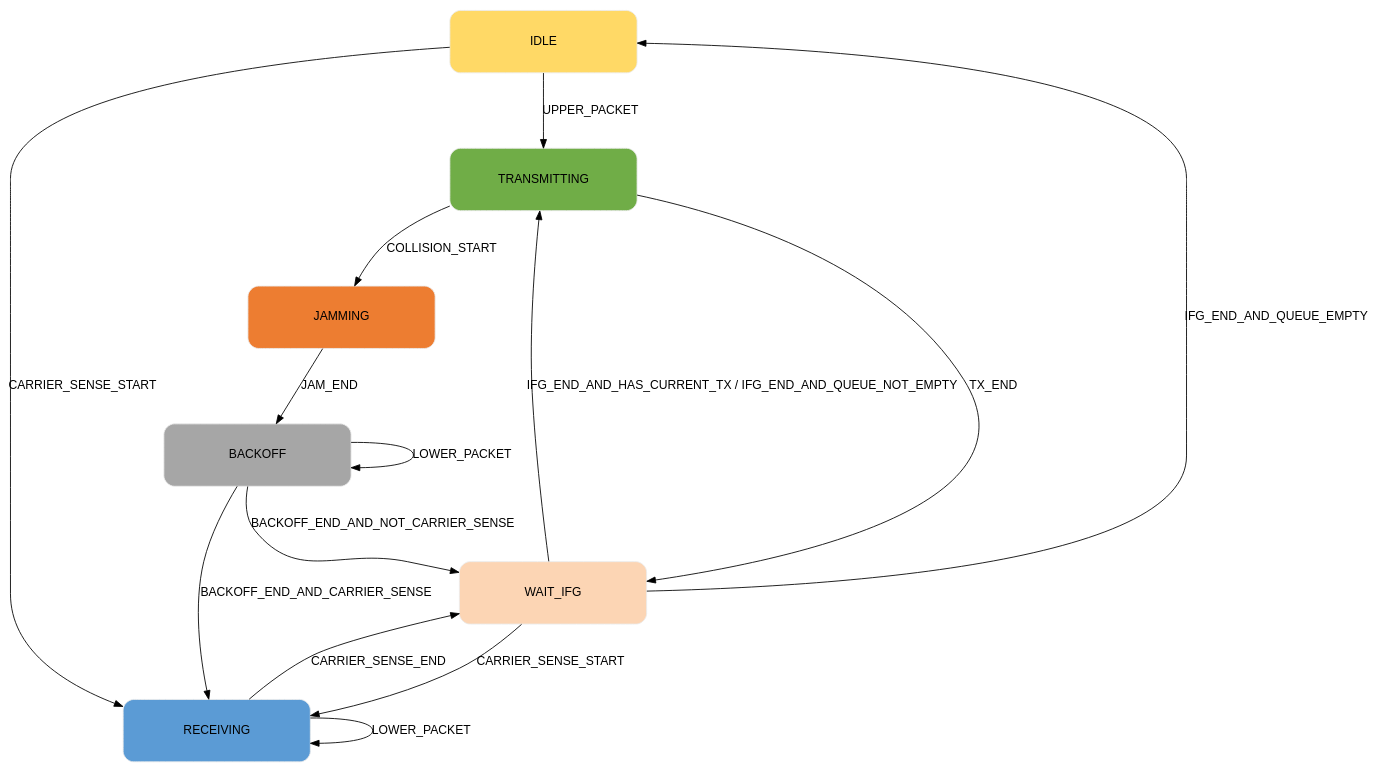
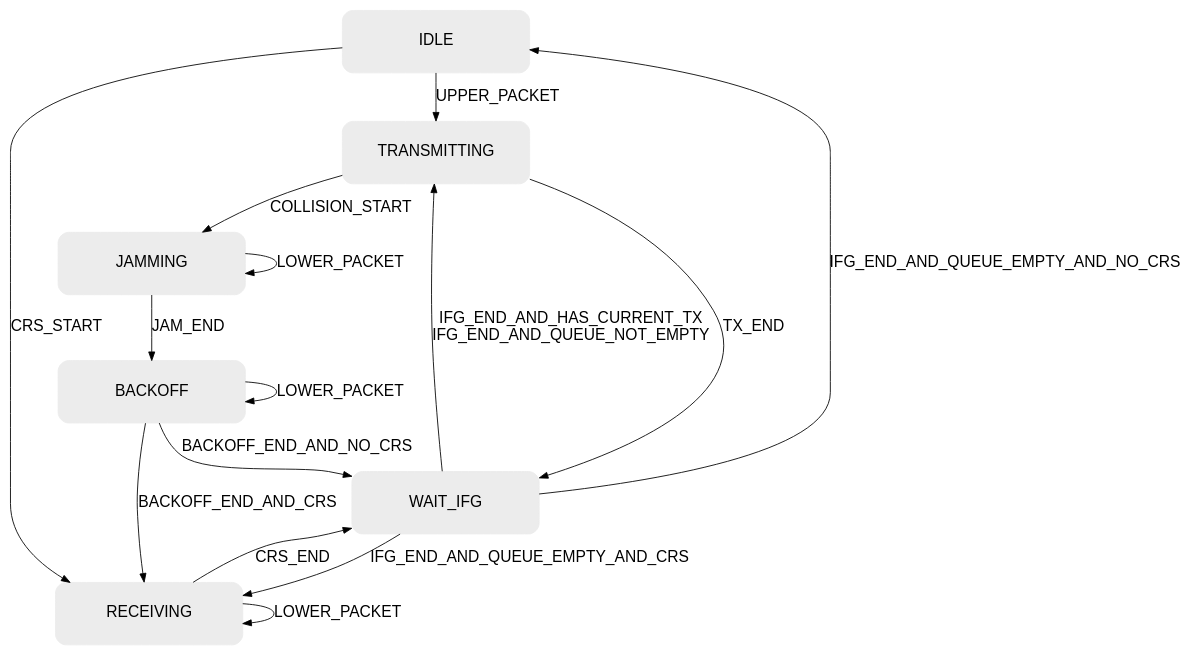
The diagram in src/inet/linklayer/ethernet/basic/EthernetCsmaMac.dot (inet-framework/inet), drawn with Graphviz before and after one commit. The commit also changed 10 other files, not shown here.

```diff
--- a/src/inet/linklayer/ethernet/basic/EthernetCsmaMac.dot
+++ b/src/inet/linklayer/ethernet/basic/EthernetCsmaMac.dot
@@ -1,27 +1,28 @@
 digraph EthernetCsmaMac {
-    nodesep = 1;
-    ranksep = 1;
-    node [shape=box, style="rounded,filled", color="#ECECEC", fontname="Arial", margin=0.15, height=1, width=3];
-    edge [fontname="Arial", labeldistance=22.5];
+    nodesep = 0.5;
+    ranksep = 0.5;
+    node [shape=box, style="rounded,filled", color="#ECECEC", fontname="Arial", fontsize=18, margin=0.15, height=1, width=3];
+    edge [fontname="Arial", fontsize=18];
 
-    IDLE [label="IDLE", fillcolor="#FFD966"];
-    TRANSMITTING [label="TRANSMITTING", fillcolor="#70AD47"];
-    RECEIVING [label="RECEIVING", fillcolor="#5B9BD5"];
-    WAIT_IFG [label="WAIT_IFG", fillcolor="#FCD5B4"];
-    JAMMING [label="JAMMING", fillcolor="#ED7D31"];
-    BACKOFF [label="BACKOFF", fillcolor="#A6A6A6"];
+    IDLE;
+    TRANSMITTING;
+    RECEIVING;
+    WAIT_IFG;
+    JAMMING;
+    BACKOFF;
 
     IDLE -> TRANSMITTING [label="UPPER_PACKET"];
-    IDLE -> RECEIVING [label="CARRIER_SENSE_START"];
-    WAIT_IFG -> TRANSMITTING [label="IFG_END_AND_HAS_CURRENT_TX / IFG_END_AND_QUEUE_NOT_EMPTY"];
-    WAIT_IFG -> IDLE [label="IFG_END_AND_QUEUE_EMPTY"];
-    WAIT_IFG -> RECEIVING [label="CARRIER_SENSE_START"];
+    IDLE -> RECEIVING [label="CRS_START"];
+    WAIT_IFG -> TRANSMITTING [label="IFG_END_AND_HAS_CURRENT_TX\nIFG_END_AND_QUEUE_NOT_EMPTY"];
+    WAIT_IFG -> RECEIVING [label="IFG_END_AND_QUEUE_EMPTY_AND_CRS"];
+    WAIT_IFG -> IDLE [label="IFG_END_AND_QUEUE_EMPTY_AND_NO_CRS"];
     TRANSMITTING -> WAIT_IFG [label="TX_END"];
     TRANSMITTING -> JAMMING [label="COLLISION_START"];
     JAMMING -> BACKOFF [label="JAM_END"];
-    BACKOFF -> WAIT_IFG [label="BACKOFF_END_AND_NOT_CARRIER_SENSE"];
-    BACKOFF -> RECEIVING [label="BACKOFF_END_AND_CARRIER_SENSE"];
+    JAMMING -> JAMMING [label="LOWER_PACKET"];
+    BACKOFF -> WAIT_IFG [label="BACKOFF_END_AND_NO_CRS"];
+    BACKOFF -> RECEIVING [label="BACKOFF_END_AND_CRS"];
     BACKOFF -> BACKOFF [label="LOWER_PACKET"];
     RECEIVING -> RECEIVING [label="LOWER_PACKET"];
-    RECEIVING -> WAIT_IFG [label="CARRIER_SENSE_END"];
+    RECEIVING -> WAIT_IFG [label="CRS_END"];
 }
```
